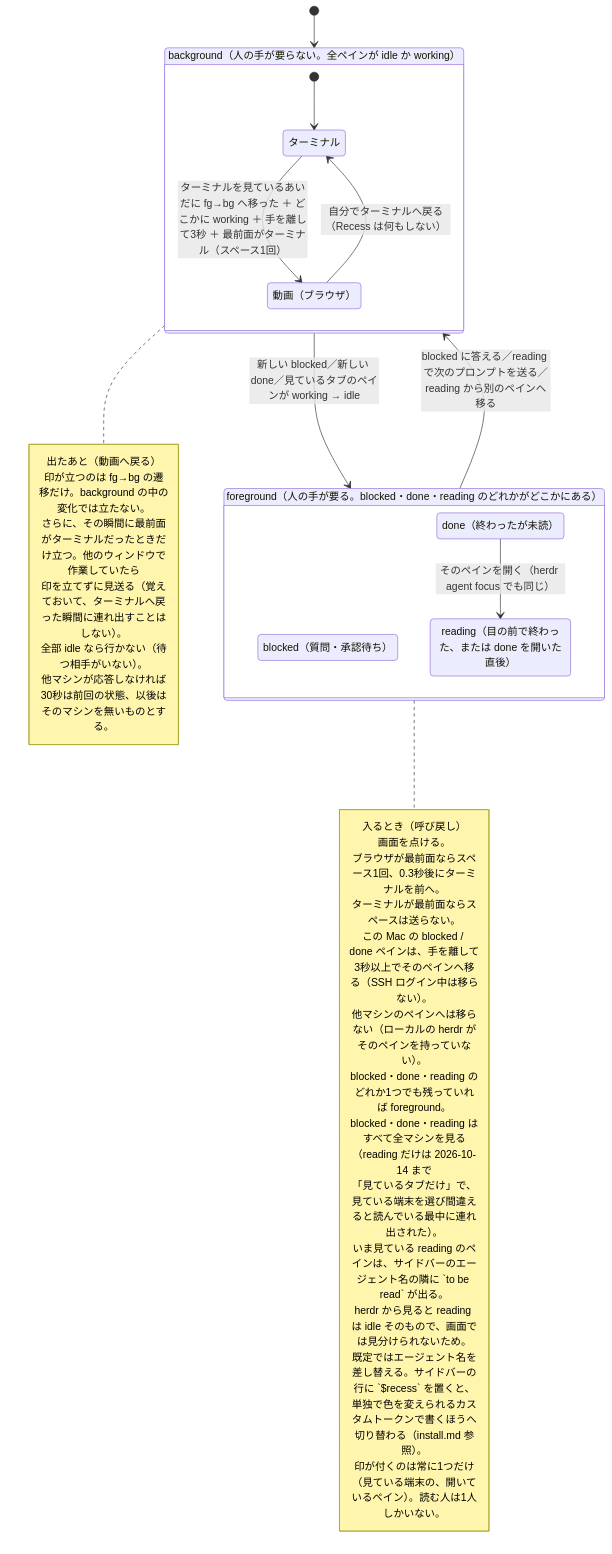
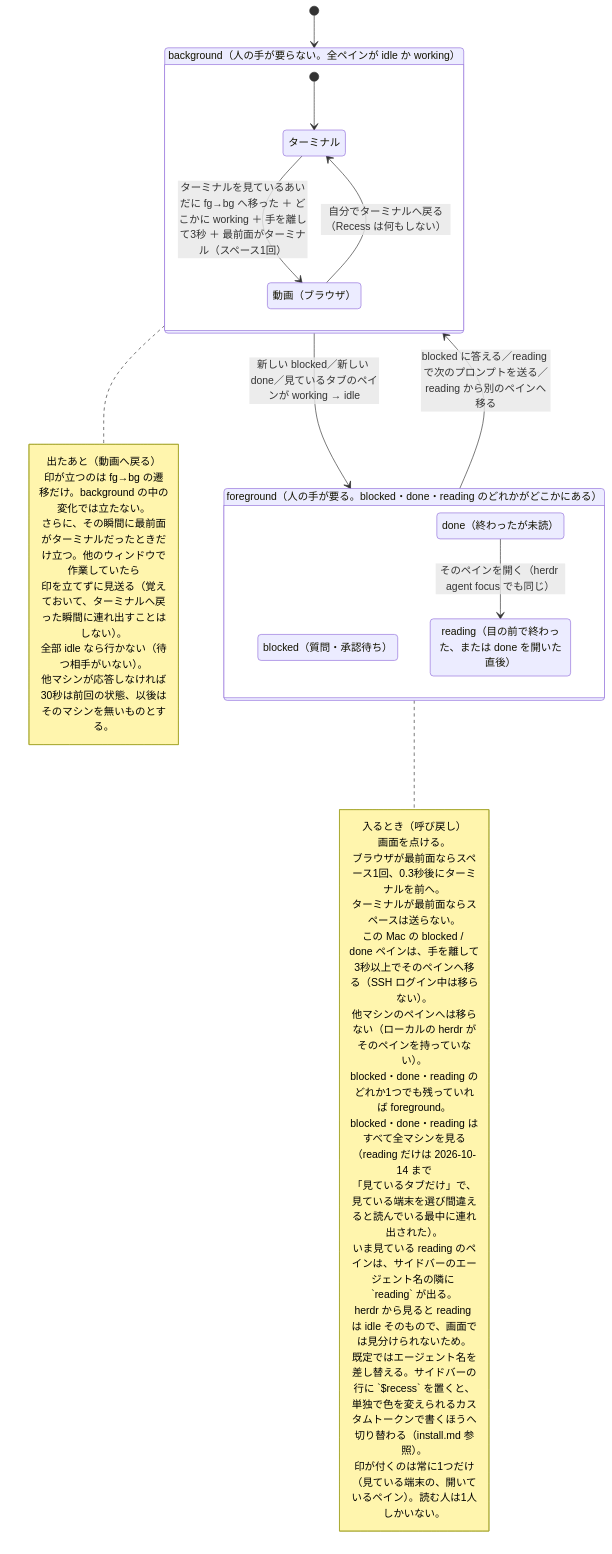
The second of 2 diagrams in docs/spec.md (tatsuro-ueda/recess), drawn with Mermaid before and after one commit. The commit also changed other lines of this file and 4 other files, not shown here.

````diff
--- a/docs/spec.md
+++ b/docs/spec.md
@@ -165,49 +165,49 @@
 ```mermaid
 stateDiagram-v2
     direction TB
 
     state "background（人の手が要らない。全ペインが idle か working）" as bg {
         state "ターミナル" as term
         state "動画（ブラウザ）" as nf
         [*] --> term
         term --> nf : ターミナルを見ているあいだに fg→bg へ移った ＋ どこかに working ＋ 手を離して3秒 ＋ 最前面がターミナル（スペース1回）
         nf --> term : 自分でターミナルへ戻る（Recess は何もしない）
     }
 
     state "foreground（人の手が要る。blocked・done・reading のどれかがどこかにある）" as fg {
         state "blocked（質問・承認待ち）" as blocked
         state "done（終わったが未読）" as done
         state "reading（目の前で終わった、または done を開いた直後）" as reading
         done --> reading : そのペインを開く（herdr agent focus でも同じ）
     }
 
     [*] --> bg
     bg --> fg : 新しい blocked／新しい done／見ているタブのペインが working → idle
     fg --> bg : blocked に答える／reading で次のプロンプトを送る／reading から別のペインへ移る
 
     note right of fg
         入るとき（呼び戻し）
         画面を点ける。
         ブラウザが最前面ならスペース1回、0.3秒後にターミナルを前へ。
         ターミナルが最前面ならスペースは送らない。
         この Mac の blocked / done ペインは、手を離して3秒以上でそのペインへ移る（SSH ログイン中は移らない）。
         他マシンのペインへは移らない（ローカルの herdr がそのペインを持っていない）。
         blocked・done・reading のどれか1つでも残っていれば foreground。
         blocked・done・reading はすべて全マシンを見る（reading だけは 2026-10-14 まで
         「見ているタブだけ」で、見ている端末を選び間違えると読んでいる最中に連れ出された）。
-        いま見ている reading のペインは、サイドバーのエージェント名の隣に `to be read` が出る。
+        いま見ている reading のペインは、サイドバーのエージェント名の隣に `reading` が出る。
         herdr から見ると reading は idle そのもので、画面では見分けられないため。
         既定ではエージェント名を差し替える。サイドバーの行に `$recess` を置くと、
         単独で色を変えられるカスタムトークンで書くほうへ切り替わる（install.md 参照）。
         印が付くのは常に1つだけ（見ている端末の、開いているペイン）。読む人は1人しかいない。
     end note
 
     note right of bg
         出たあと（動画へ戻る）
         印が立つのは fg→bg の遷移だけ。background の中の変化では立たない。
         さらに、その瞬間に最前面がターミナルだったときだけ立つ。他のウィンドウで作業していたら
         印を立てずに見送る（覚えておいて、ターミナルへ戻った瞬間に連れ出すことはしない）。
         全部 idle なら行かない（待つ相手がいない）。
         他マシンが応答しなければ30秒は前回の状態、以後はそのマシンを無いものとする。
     end note
 ```
````
